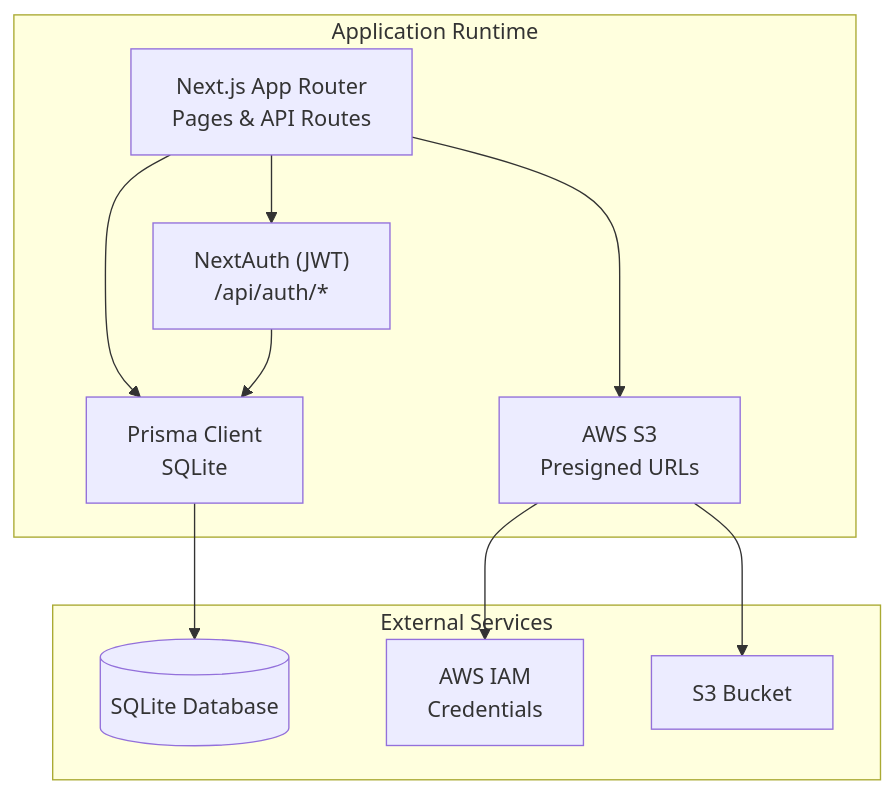
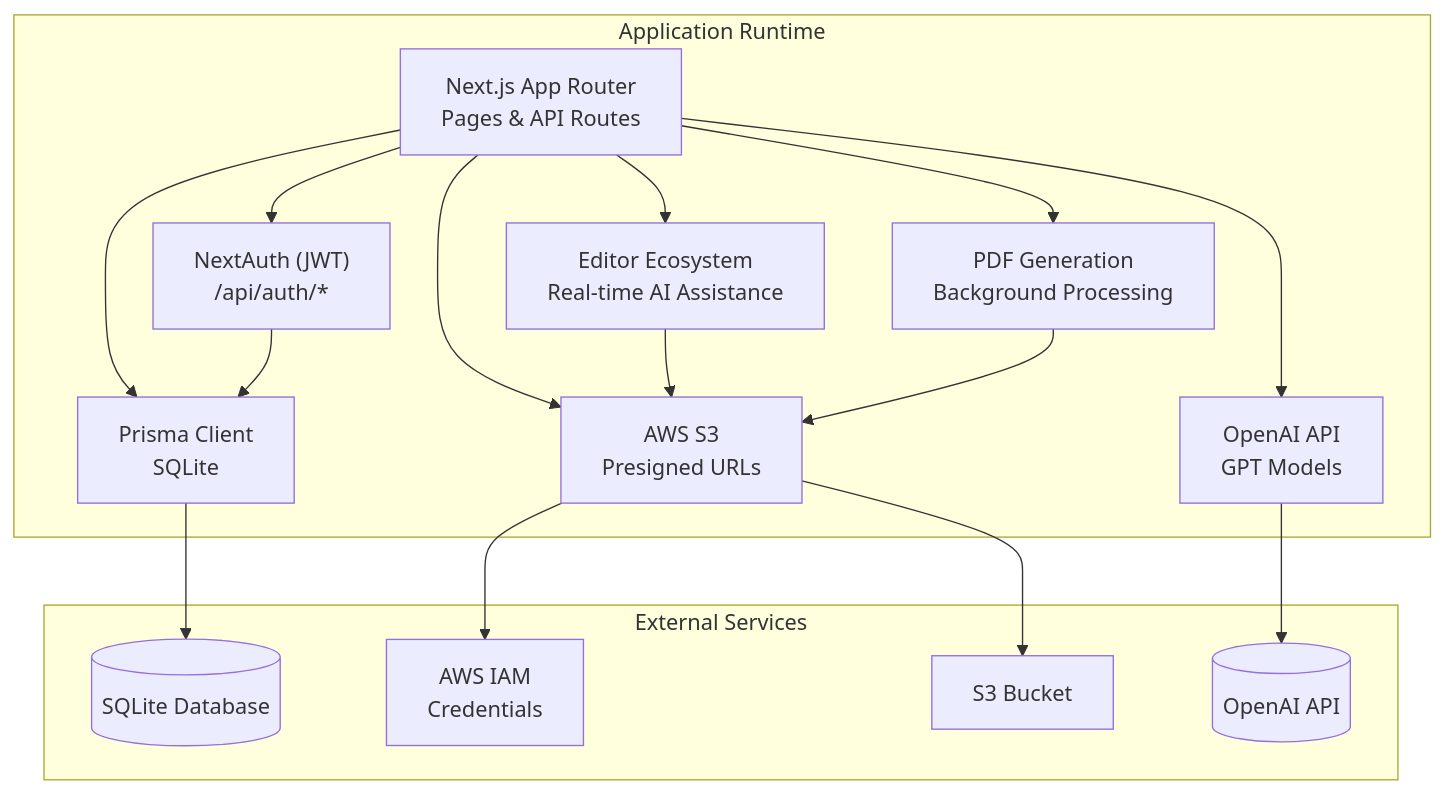
The first of 10 diagrams in .qoder/repowiki/en/content/Deployment & Operations.md (Crowdspender/titchybooks-app), drawn with Mermaid before and after one commit. The commit also changed other lines of this file and 62 other files, not shown here.

````diff
--- a/.qoder/repowiki/en/content/Deployment & Operations.md
+++ b/.qoder/repowiki/en/content/Deployment & Operations.md
@@ -54,21 +87,31 @@
 ```mermaid
 graph TB
 subgraph "Application Runtime"
 FE["Next.js App Router<br/>Pages & API Routes"]
 AUTH["NextAuth (JWT)<br/>/api/auth/*"]
 PRISMA["Prisma Client<br/>SQLite"]
 S3["AWS S3<br/>Presigned URLs"]
+AI["OpenAI API<br/>GPT Models"]
+EDITOR["Editor Ecosystem<br/>Real-time AI Assistance"]
+PDF["PDF Generation<br/>Background Processing"]
 end
 subgraph "External Services"
 DB[("SQLite Database")]
 IAM["AWS IAM<br/>Credentials"]
 BUCKET["S3 Bucket"]
+OPENAI[("OpenAI API")]
 end
 FE --> AUTH
 FE --> PRISMA
 FE --> S3
+FE --> AI
+FE --> EDITOR
+FE --> PDF
 AUTH --> PRISMA
 PRISMA --> DB
 S3 --> BUCKET
 S3 --> IAM
+AI --> OPENAI
+EDITOR --> S3
+PDF --> S3
 ```
````
